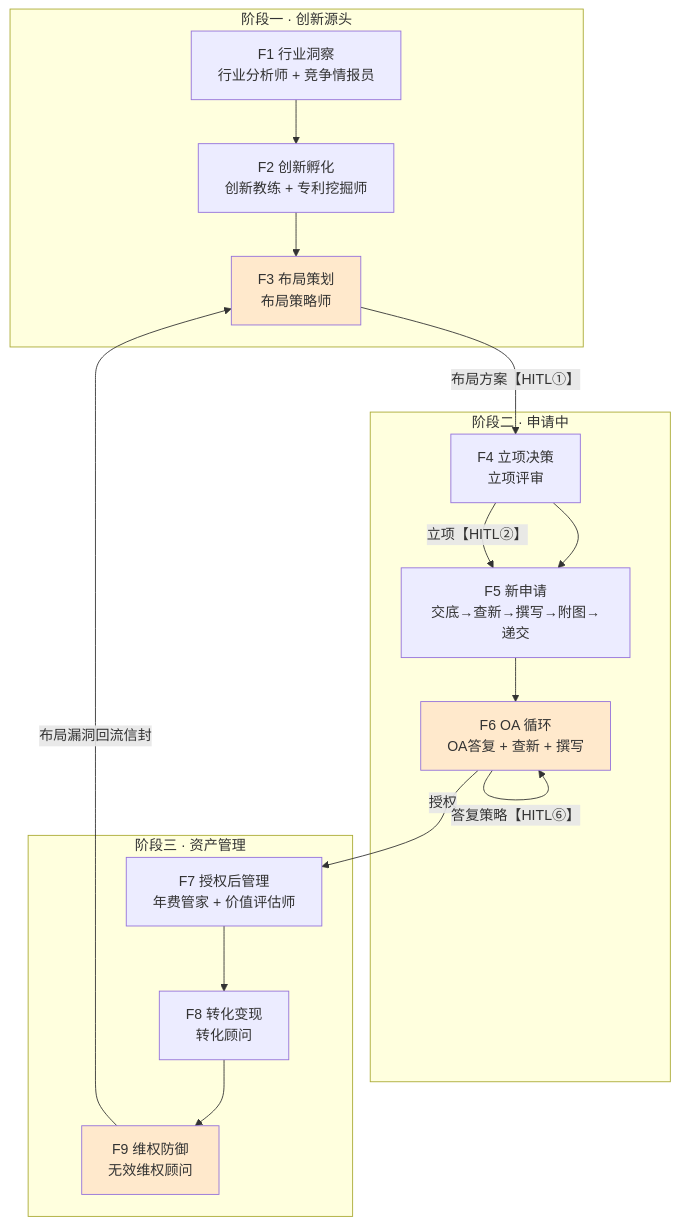
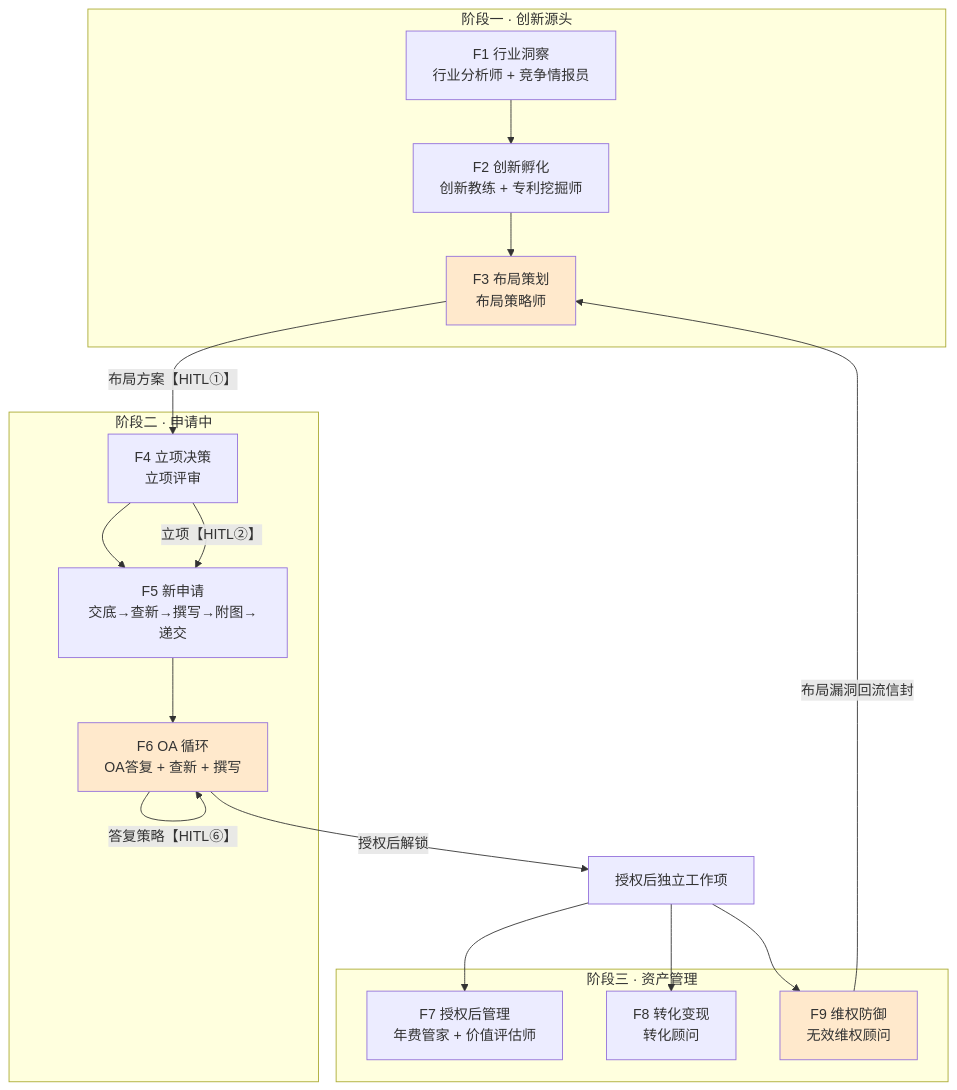
One commit to Yapeng-Gao/ip-harness changed the first of 12 diagrams in docs/architecture/domain-packs/patent-pack-design.md. Above: the diagram before and after it, drawn with Mermaid. The commit also changed other lines of this file and 16 other files, not shown here.

Commit message:
docs(architecture): align patent product specs

````diff
--- a/docs/architecture/domain-packs/patent-pack-design.md
+++ b/docs/architecture/domain-packs/patent-pack-design.md
@@ -61,23 +61,27 @@
 ```mermaid
 flowchart TD
     subgraph S1["阶段一 · 创新源头"]
         F1["F1 行业洞察<br/>行业分析师 + 竞争情报员"] --> F2["F2 创新孵化<br/>创新教练 + 专利挖掘师"]
         F2 --> F3["F3 布局策划<br/>布局策略师"]
     end
     subgraph S2["阶段二 · 申请中"]
         F4["F4 立项决策<br/>立项评审"] --> F5["F5 新申请<br/>交底→查新→撰写→附图→递交"]
         F5 --> F6["F6 OA 循环<br/>OA答复 + 查新 + 撰写"]
     end
     subgraph S3["阶段三 · 资产管理"]
-        F7["F7 授权后管理<br/>年费管家 + 价值评估师"] --> F8["F8 转化变现<br/>转化顾问"]
-        F8 --> F9["F9 维权防御<br/>无效维权顾问"]
+        F7["F7 授权后管理<br/>年费管家 + 价值评估师"]
+        F8["F8 转化变现<br/>转化顾问"]
+        F9["F9 维权防御<br/>无效维权顾问"]
     end
     F3 -->|"布局方案【HITL①】"| F4
     F4 -->|"立项【HITL②】"| F5
-    F6 -->|"授权"| F7
+    F6 -->|"授权后解锁"| ASSET["授权后独立工作项"]
+    ASSET --> F7
+    ASSET --> F8
+    ASSET --> F9
     F6 -->|"答复策略【HITL⑥】"| F6
     F9 -->|"布局漏洞回流信封"| F3
     style F3 fill:#ffe9cc
     style F6 fill:#ffe9cc
     style F9 fill:#ffe9cc
 ```
````
